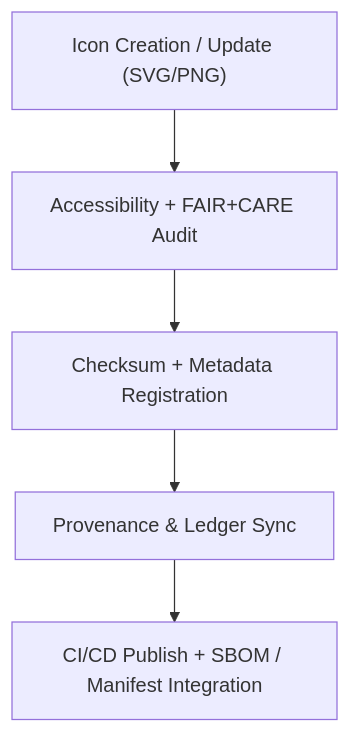
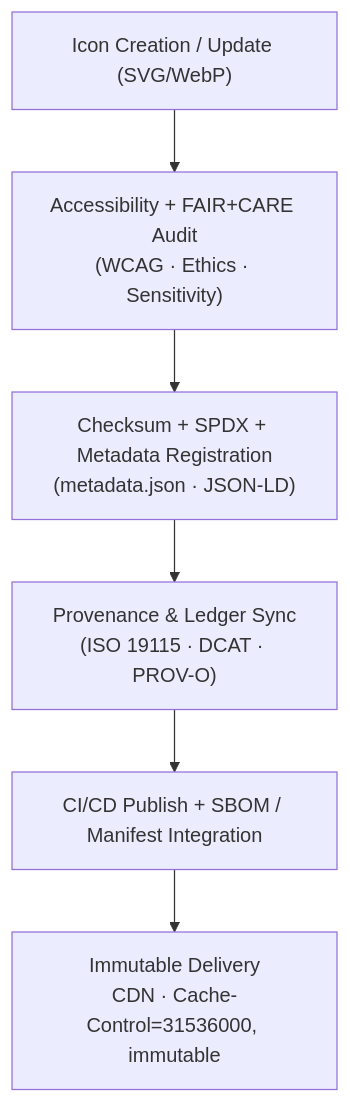
Before and after one commit to bartytime4life/Kansas-Frontier-Matrix: the diagram in web/public/icons/README.md, drawn with Mermaid. The commit also changed other lines of this file, not shown here.

````diff
--- a/web/public/icons/README.md
+++ b/web/public/icons/README.md
@@ -59,7 +147,9 @@
-```mermaid
+~~~mermaid
 flowchart TD
-A["Icon Creation / Update (SVG/PNG)"] --> B["Accessibility + FAIR+CARE Audit"]
-B --> C["Checksum + Metadata Registration"]
-C --> D["Provenance & Ledger Sync"]
-D --> E["CI/CD Publish + SBOM / Manifest Integration"]
-```
+    A["Icon Creation / Update (SVG/WebP)"]
+        --> B["Accessibility + FAIR+CARE Audit<br/>(WCAG · Ethics · Sensitivity)"]
+    B --> C["Checksum + SPDX + Metadata Registration<br/>(metadata.json · JSON-LD)"]
+    C --> D["Provenance & Ledger Sync<br/>(ISO 19115 · DCAT · PROV-O)"]
+    D --> E["CI/CD Publish + SBOM / Manifest Integration"]
+    E --> F["Immutable Delivery<br/>CDN · Cache-Control=31536000, immutable"]
+~~~
````
